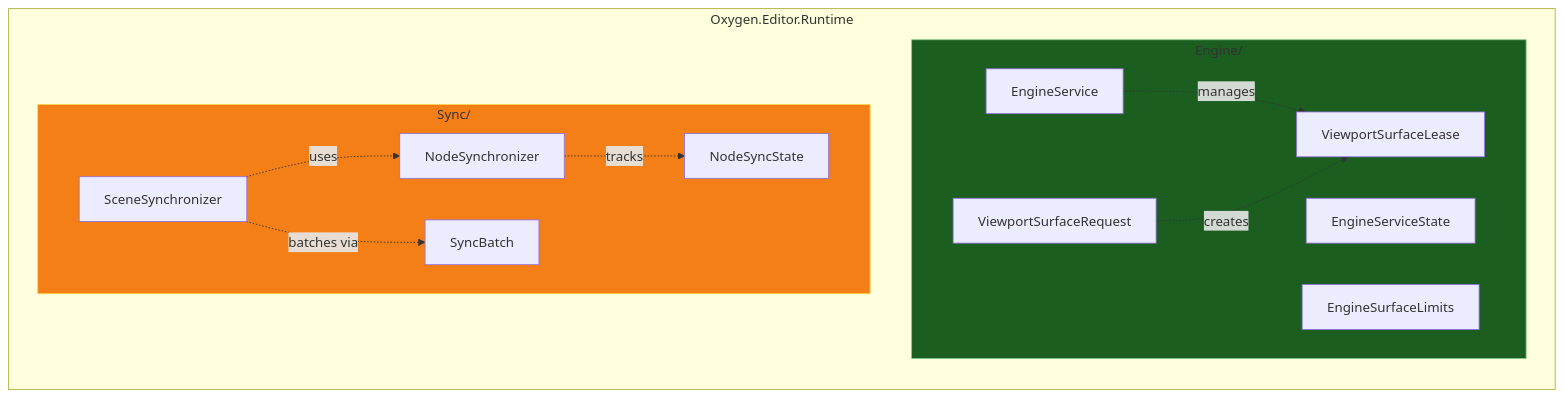
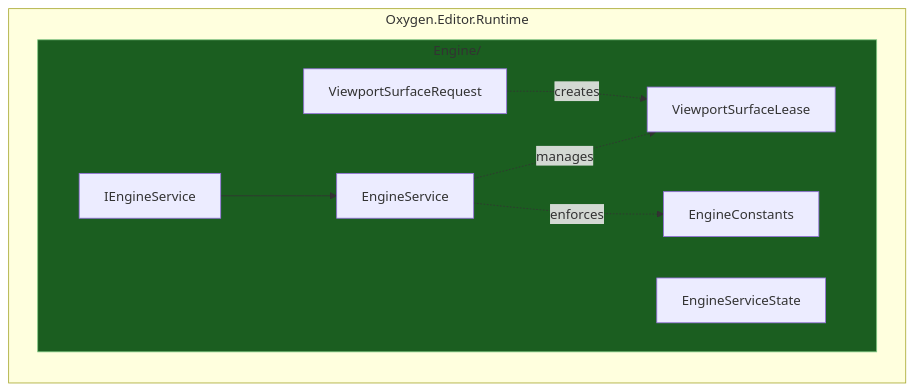
Before and after one commit to abdes/DroidNet: the second of 5 diagrams in projects/Oxygen.Editor.Runtime/README.md, drawn with Mermaid. The commit also changed other lines of this file and 15 other files, not shown here.

````diff
--- a/projects/Oxygen.Editor.Runtime/README.md
+++ b/projects/Oxygen.Editor.Runtime/README.md
@@ -69,28 +66,20 @@
 ```mermaid
 graph LR
     subgraph Runtime["Oxygen.Editor.Runtime"]
         subgraph Engine["Engine/"]
+            IES[IEngineService]
             ES[EngineService]
             VSL[ViewportSurfaceLease]
             VSR[ViewportSurfaceRequest]
             ESS[EngineServiceState]
-            LIMITS[EngineSurfaceLimits]
-        end
-
-        subgraph Sync["Sync/"]
-            SS[SceneSynchronizer]
-            NS[NodeSynchronizer]
-            NSS[NodeSyncState]
-            SB[SyncBatch]
+            EC[EngineConstants]
         end
     end
 
+    IES --> ES
     ES -.manages.-> VSL
     VSR -.creates.-> VSL
-    SS -.uses.-> NS
-    NS -.tracks.-> NSS
-    SS -.batches via.-> SB
+    ES -.enforces.-> EC
 
     style Engine fill:#1b5e20,stroke:#81c784
-    style Sync fill:#f57f17,stroke:#ffd54f
 ```
````
